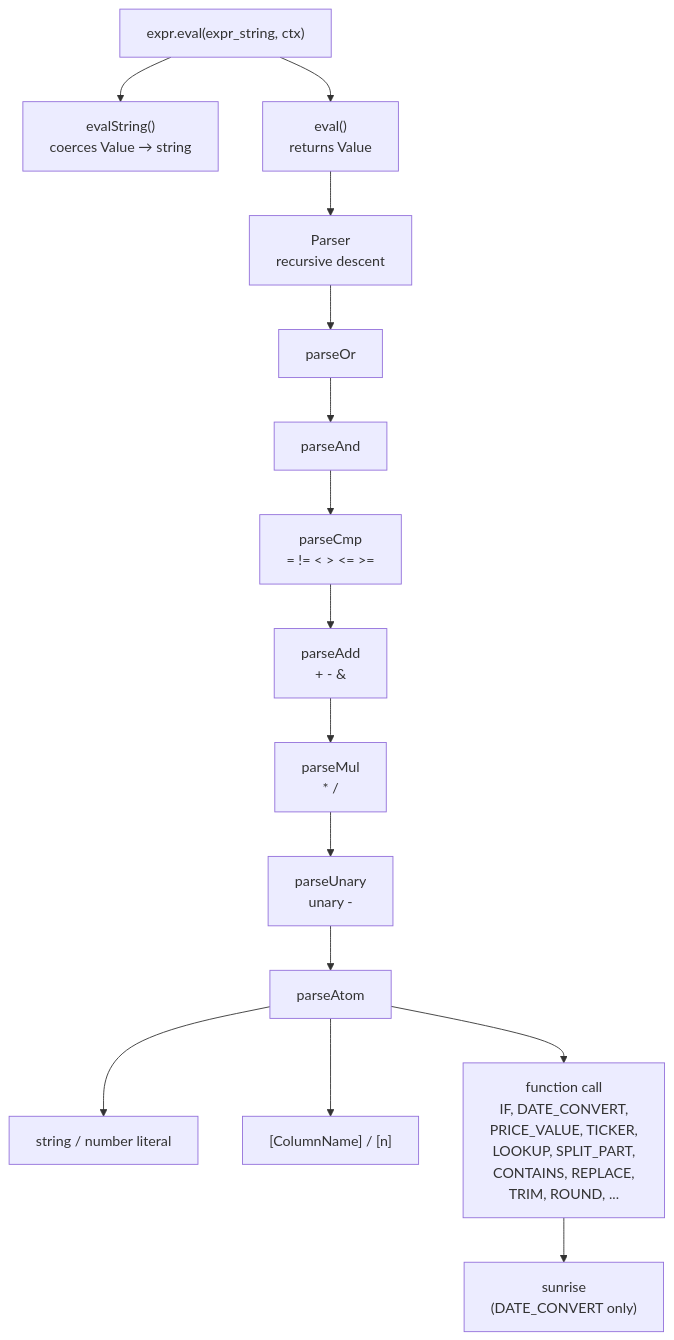
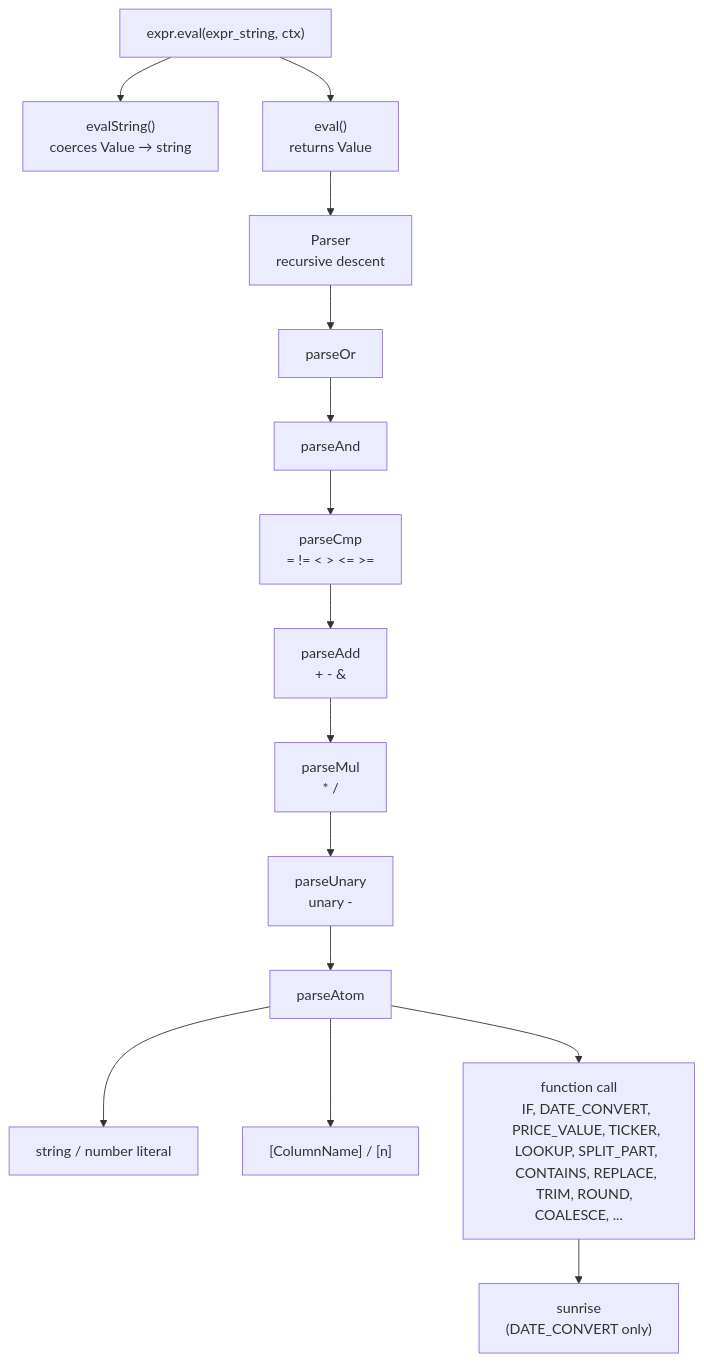
The fifth of 6 diagrams in docs/architecture.md (zaxified/bxp), drawn with Mermaid before and after one commit. The commit also changed 5 other files, not shown here.

````diff
--- a/docs/architecture.md
+++ b/docs/architecture.md
@@ -191,31 +191,31 @@
 ```mermaid
 graph TD
     CALL["expr.eval(expr_string, ctx)"]
     CALL --> ES["evalString()
     coerces Value → string"]
     CALL --> EV["eval()
     returns Value"]
     EV --> PARSE["Parser
     recursive descent"]
     PARSE --> OR["parseOr"]
     OR --> AND["parseAnd"]
     AND --> CMP["parseCmp
     = != < > <= >="]
     CMP --> ADD["parseAdd
     + - &"]
     ADD --> MUL["parseMul
     * /"]
     MUL --> UNARY["parseUnary
     unary -"]
     UNARY --> ATOM["parseAtom"]
     ATOM --> LIT["string / number literal"]
     ATOM --> FIELD["[ColumnName] / [n]"]
     ATOM --> FUNC["function call
     IF, DATE_CONVERT,
     PRICE_VALUE, TICKER,
     LOOKUP, SPLIT_PART,
     CONTAINS, REPLACE,
-    TRIM, ROUND, ..."]
+    TRIM, ROUND, COALESCE, ..."]
     FUNC --> SUNRISE_CALL["sunrise
     (DATE_CONVERT only)"]
 ```
````
